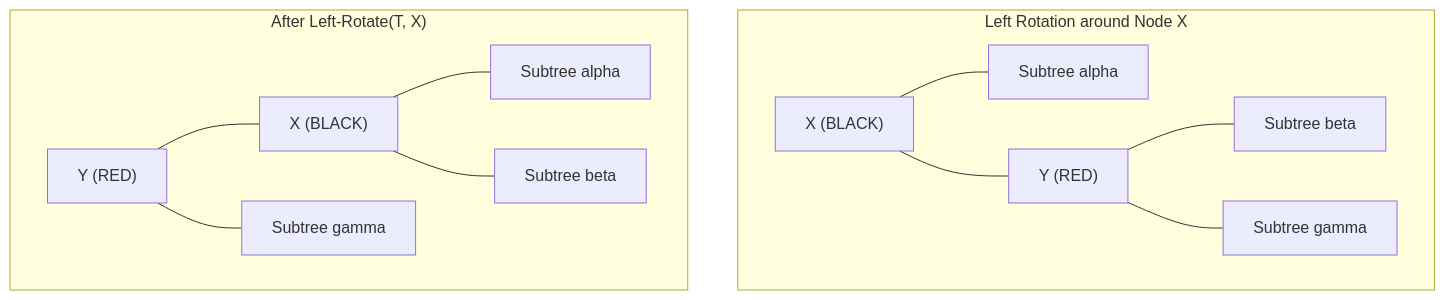
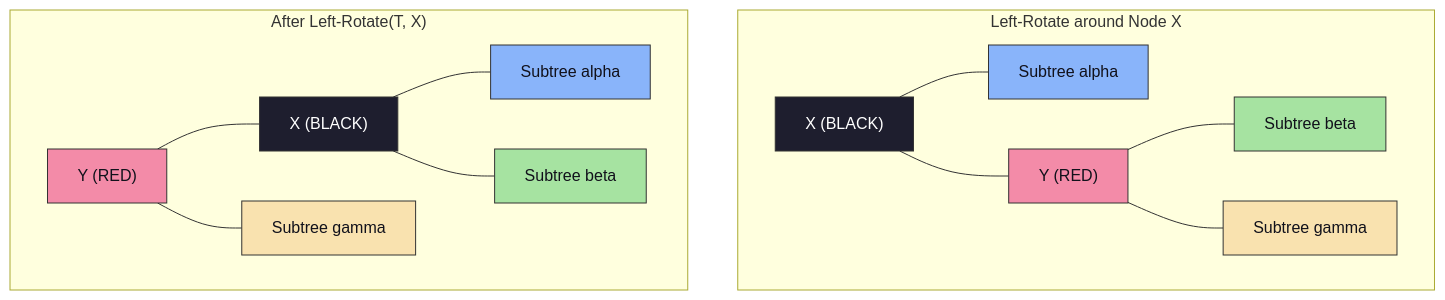
The second of 16 diagrams in notes/design_and_analysis_of_algorithms/DAA_Unit4_RedBlackTrees_AdvancedDS.md (DeepLumiere/DeepSkills), drawn with Mermaid before and after one commit. The commit also changed other lines of this file, not shown here.

First line of the commit message:
fix: overhaul Unit 4 with colorful Mermaid diagrams for RBT, Binomial, and Fibonacci Heaps

````diff
--- a/notes/design_and_analysis_of_algorithms/DAA_Unit4_RedBlackTrees_AdvancedDS.md
+++ b/notes/design_and_analysis_of_algorithms/DAA_Unit4_RedBlackTrees_AdvancedDS.md
@@ -50,18 +51,30 @@
 ```mermaid
 flowchart TD
-    subgraph "Left Rotation around Node X"
+    subgraph "Left-Rotate around Node X"
         direction LR
         X1["X (BLACK)"] --- A1["Subtree alpha"]
         X1 --- Y1["Y (RED)"]
         Y1 --- B1["Subtree beta"]
         Y1 --- C1["Subtree gamma"]
+
+        style X1 fill:#1e1e2e,stroke:#333,color:#fff
+        style Y1 fill:#f38ba8,stroke:#333,color:#11111b
+        style A1 fill:#89b4fa,stroke:#333,color:#11111b
+        style B1 fill:#a6e3a1,stroke:#333,color:#11111b
+        style C1 fill:#f9e2af,stroke:#333,color:#11111b
     end
 
     subgraph "After Left-Rotate(T, X)"
         direction LR
         Y2["Y (RED)"] --- X2["X (BLACK)"]
         Y2 --- C2["Subtree gamma"]
         X2 --- A2["Subtree alpha"]
         X2 --- B2["Subtree beta"]
+
+        style Y2 fill:#f38ba8,stroke:#333,color:#11111b
+        style X2 fill:#1e1e2e,stroke:#333,color:#fff
+        style A2 fill:#89b4fa,stroke:#333,color:#11111b
+        style B2 fill:#a6e3a1,stroke:#333,color:#11111b
+        style C2 fill:#f9e2af,stroke:#333,color:#11111b
     end
 ```
````
